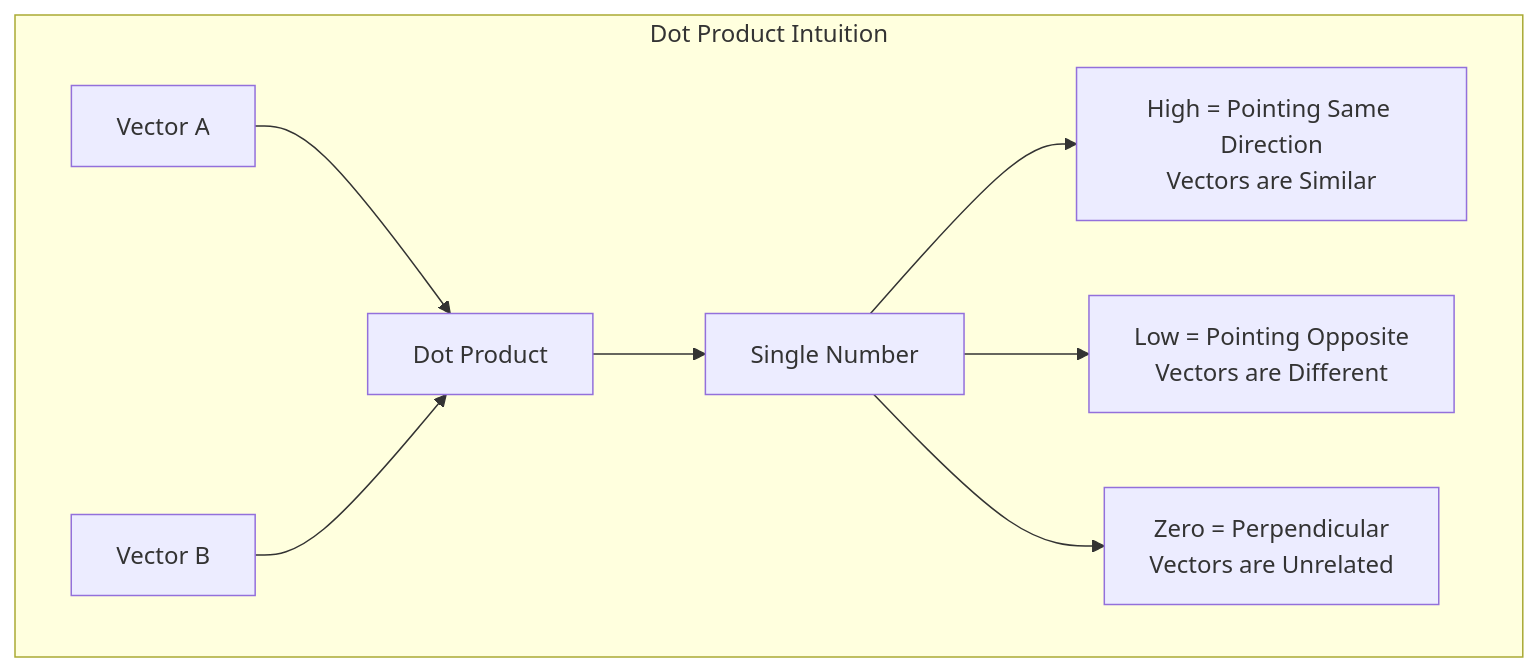
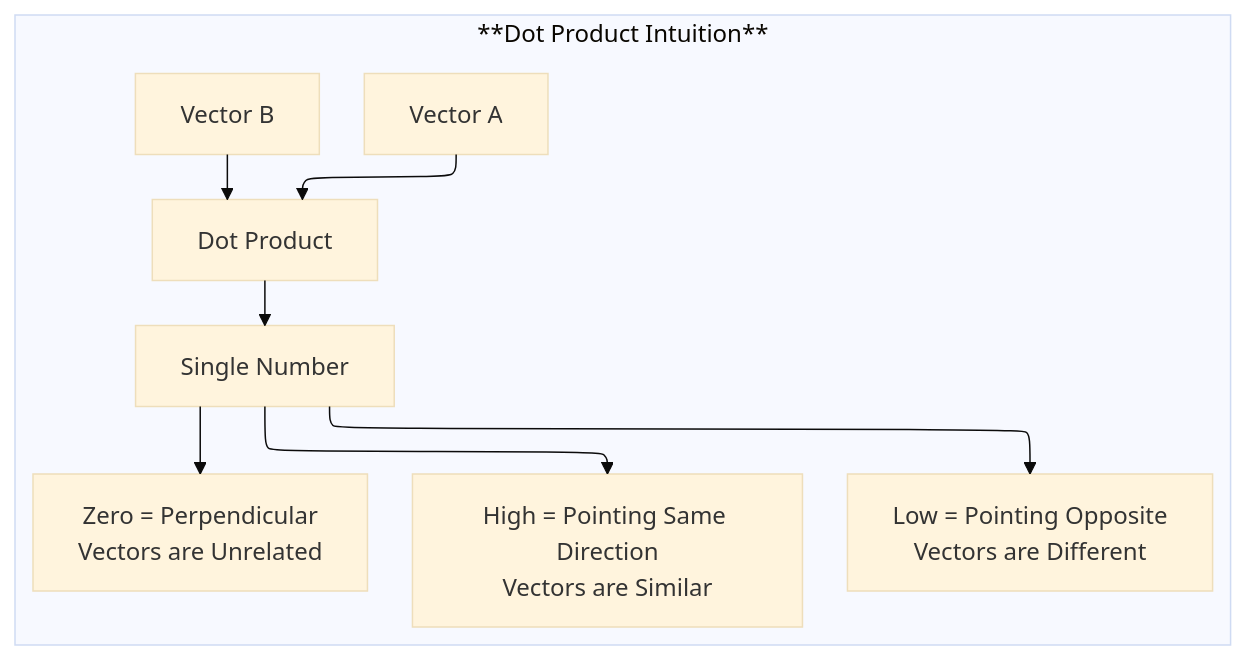
The sixth of 12 diagrams in The 2026 AI Metromap/The 2026 AI Metromap: Linear Algebra for ML – The Language of the Map.md (Vineet-Sharma-Medium-Stories/Medium-Build-Tool), drawn with Mermaid before and after one commit. The commit also changed other lines of this file and 37 other files, not shown here.

````diff
--- a/The 2026 AI Metromap/The 2026 AI Metromap: Linear Algebra for ML – The Language of the Map.md
+++ b/The 2026 AI Metromap/The 2026 AI Metromap: Linear Algebra for ML – The Language of the Map.md
@@ -236,12 +261,17 @@
 ```mermaid
+---
+config:
+  theme: base
+  layout: elk
+---
 graph TD
-    subgraph "Dot Product Intuition"
+    subgraph "**Dot Product Intuition**"
         A[Vector A] --> D[Dot Product]
         B[Vector B] --> D
         D --> R[Single Number]
         
         R --> H[High = Pointing Same Direction<br/>Vectors are Similar]
         R --> L[Low = Pointing Opposite<br/>Vectors are Different]
         R --> Z[Zero = Perpendicular<br/>Vectors are Unrelated]
     end
 ```
````
